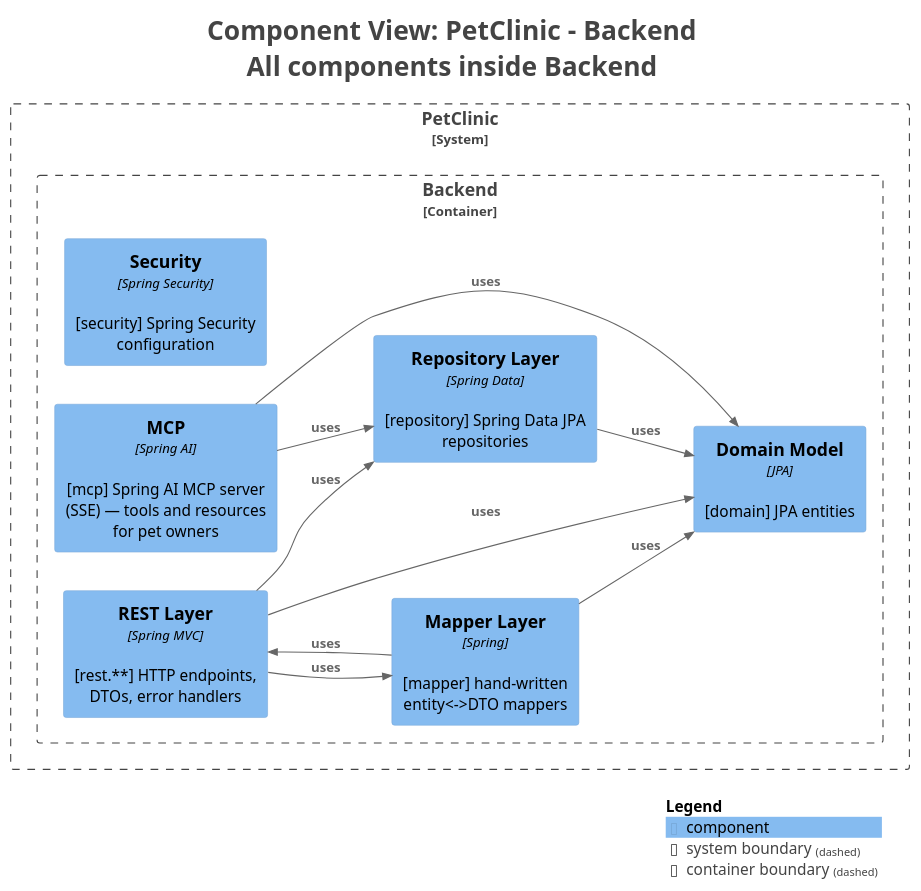
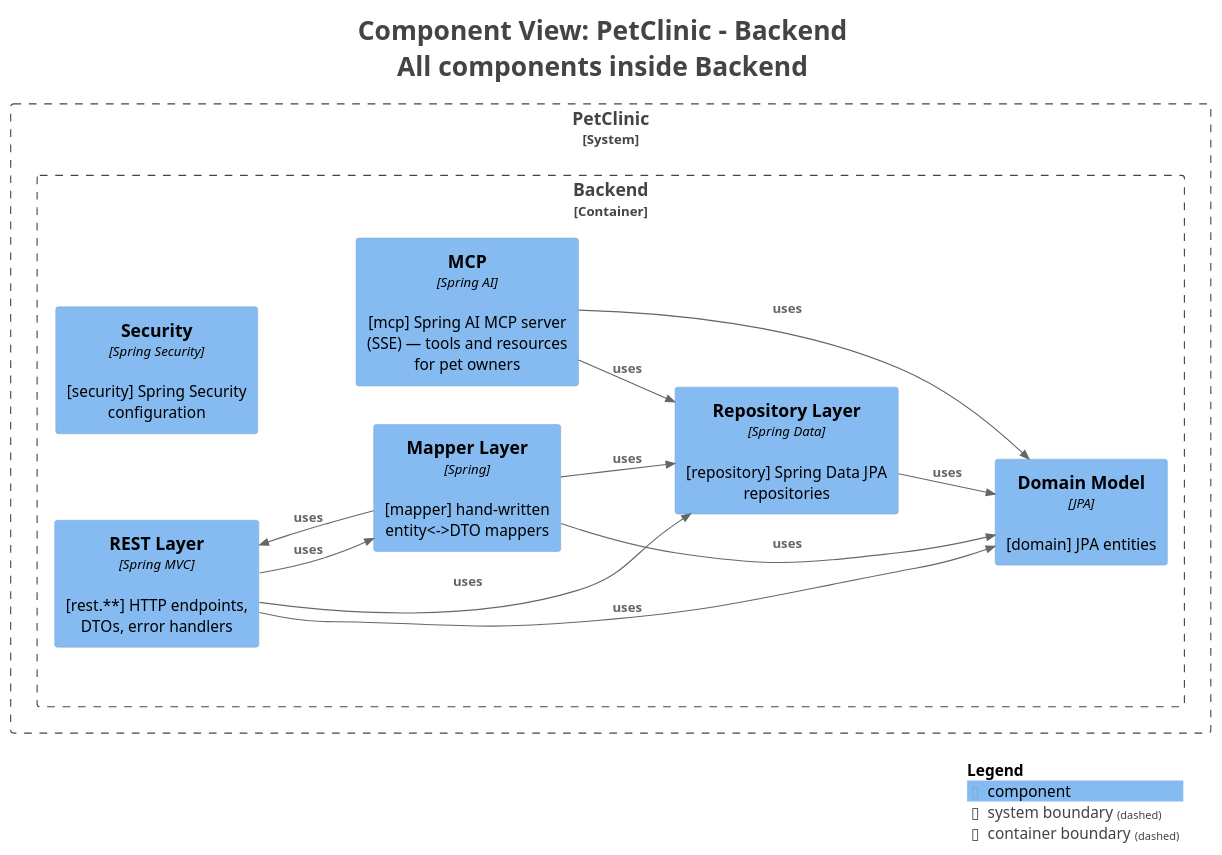
One commit to victorrentea/petclinic changed the diagram in petclinic-backend/docs/generated/c4views/C3-Components-All.puml. Above: the diagram before and after it, drawn with PlantUML. The commit also changed 25 other files, not shown here.

```diff
--- a/petclinic-backend/docs/generated/c4views/C3-Components-All.puml
+++ b/petclinic-backend/docs/generated/c4views/C3-Components-All.puml
@@ -1,41 +1,42 @@
 @startuml
 title <size:24>Component View: PetClinic - Backend</size>\n<size:24>All components inside Backend</size>
 
 set separator none
 left to right direction
 
 <style>
   root {
     BackgroundColor: #ffffff
     FontColor: #444444
   }
 </style>
 
 !include <C4/C4>
 !include <C4/C4_Context>
 !include <C4/C4_Component>
 
 System_Boundary("PetClinic_boundary", "PetClinic", $tags="") {
   Container_Boundary("PetClinic.Backend_boundary", "Backend", $tags="") {
     Component(PetClinic.Backend.Security, "Security", $techn="Spring Security", $descr="[security] Spring Security configuration", $tags="", $link="")
     Component(PetClinic.Backend.MCP, "MCP", $techn="Spring AI", $descr="[mcp] Spring AI MCP server (SSE) — tools and resources for pet owners", $tags="", $link="")
     Component(PetClinic.Backend.RESTLayer, "REST Layer", $techn="Spring MVC", $descr="[rest.**] HTTP endpoints, DTOs, error handlers", $tags="", $link="")
     Component(PetClinic.Backend.DomainModel, "Domain Model", $techn="JPA", $descr="[domain] JPA entities", $tags="", $link="")
     Component(PetClinic.Backend.RepositoryLayer, "Repository Layer", $techn="Spring Data", $descr="[repository] Spring Data JPA repositories", $tags="", $link="")
     Component(PetClinic.Backend.MapperLayer, "Mapper Layer", $techn="Spring", $descr="[mapper] hand-written entity<->DTO mappers", $tags="", $link="")
   }
 
 }
 
 Rel(PetClinic.Backend.RESTLayer, PetClinic.Backend.MapperLayer, "uses", $techn="", $tags="", $link="")
 Rel(PetClinic.Backend.RESTLayer, PetClinic.Backend.DomainModel, "uses", $techn="", $tags="", $link="")
 Rel(PetClinic.Backend.RESTLayer, PetClinic.Backend.RepositoryLayer, "uses", $techn="", $tags="", $link="")
 Rel(PetClinic.Backend.MapperLayer, PetClinic.Backend.RESTLayer, "uses", $techn="", $tags="", $link="")
 Rel(PetClinic.Backend.MapperLayer, PetClinic.Backend.DomainModel, "uses", $techn="", $tags="", $link="")
+Rel(PetClinic.Backend.MapperLayer, PetClinic.Backend.RepositoryLayer, "uses", $techn="", $tags="", $link="")
 Rel(PetClinic.Backend.RepositoryLayer, PetClinic.Backend.DomainModel, "uses", $techn="", $tags="", $link="")
 Rel(PetClinic.Backend.MCP, PetClinic.Backend.DomainModel, "uses", $techn="", $tags="", $link="")
 Rel(PetClinic.Backend.MCP, PetClinic.Backend.RepositoryLayer, "uses", $techn="", $tags="", $link="")
 
 SHOW_LEGEND(true)
 hide stereotypes
 @enduml
```
